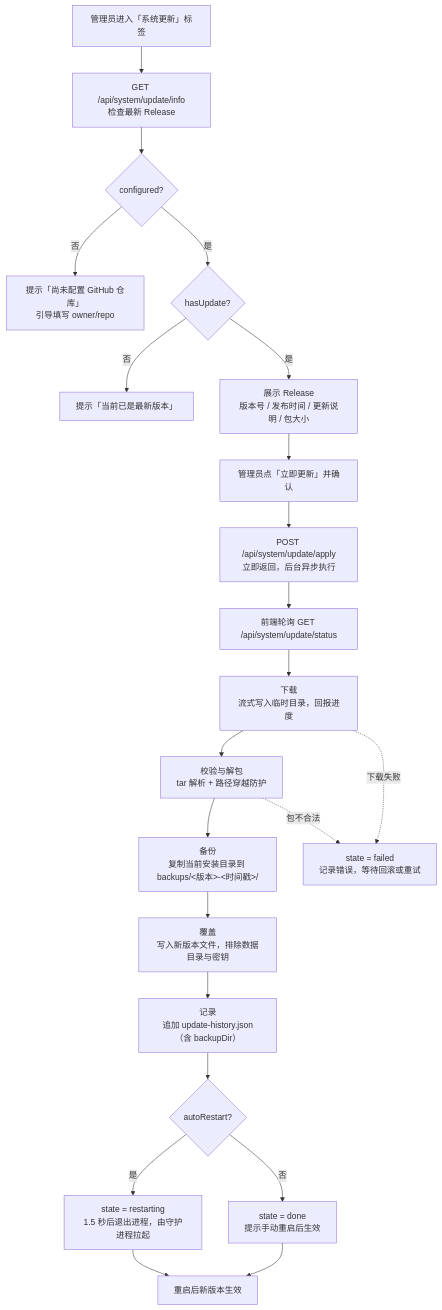
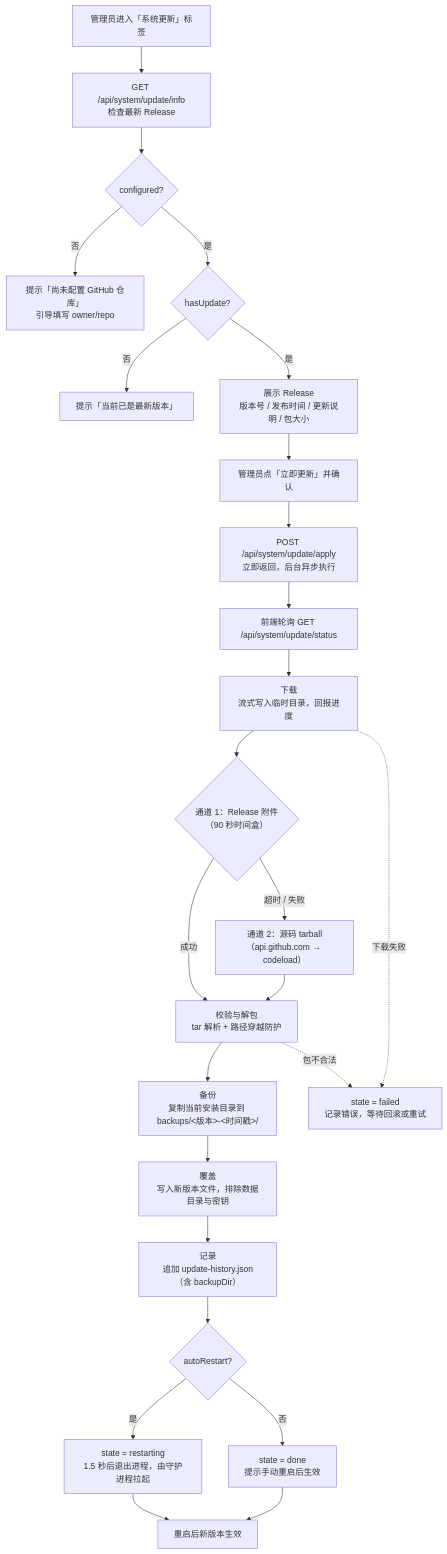
The second of 4 diagrams in docs/09-系统设置与在线更新.md (zhangdubin/Logbook), drawn with Mermaid before and after one commit. The commit also changed other lines of this file and 5 other files, not shown here.

````diff
--- a/docs/09-系统设置与在线更新.md
+++ b/docs/09-系统设置与在线更新.md
@@ -202,24 +203,27 @@
 ```mermaid
 flowchart TD
     U["管理员进入「系统更新」标签"] --> C1["GET /api/system/update/info<br/>检查最新 Release"]
     C1 --> C2{"configured?"}
     C2 -->|"否"| C3["提示「尚未配置 GitHub 仓库」<br/>引导填写 owner/repo"]
     C2 -->|"是"| C4{"hasUpdate?"}
     C4 -->|"否"| C5["提示「当前已是最新版本」"]
     C4 -->|"是"| C6["展示 Release<br/>版本号 / 发布时间 / 更新说明 / 包大小"]
     C6 --> CONF["管理员点「立即更新」并确认"]
     CONF --> APPLY["POST /api/system/update/apply<br/>立即返回，后台异步执行"]
     APPLY --> POLL["前端轮询 GET /api/system/update/status"]
     POLL --> DL["下载<br/>流式写入临时目录，回报进度"]
-    DL --> VER["校验与解包<br/>tar 解析 + 路径穿越防护"]
+    DL --> DLQ{"通道 1：Release 附件<br/>（90 秒时间盒）"}
+    DLQ -->|"成功"| VER
+    DLQ -->|"超时 / 失败"| DLQ2["通道 2：源码 tarball<br/>（api.github.com → codeload）"]
+    DLQ2 --> VER["校验与解包<br/>tar 解析 + 路径穿越防护"]
     VER --> BK["备份<br/>复制当前安装目录到 backups/<版本>-<时间戳>/"]
     BK --> OV["覆盖<br/>写入新版本文件，排除数据目录与密钥"]
     OV --> REC["记录<br/>追加 update-history.json（含 backupDir）"]
     REC --> RS{"autoRestart?"}
     RS -->|"是"| RS1["state = restarting<br/>1.5 秒后退出进程，由守护进程拉起"]
     RS -->|"否"| RS2["state = done<br/>提示手动重启后生效"]
     RS1 --> DONE["重启后新版本生效"]
     RS2 --> DONE
     DL -.->|"下载失败"| FAIL["state = failed<br/>记录错误，等待回滚或重试"]
     VER -.->|"包不合法"| FAIL
 ```
````
